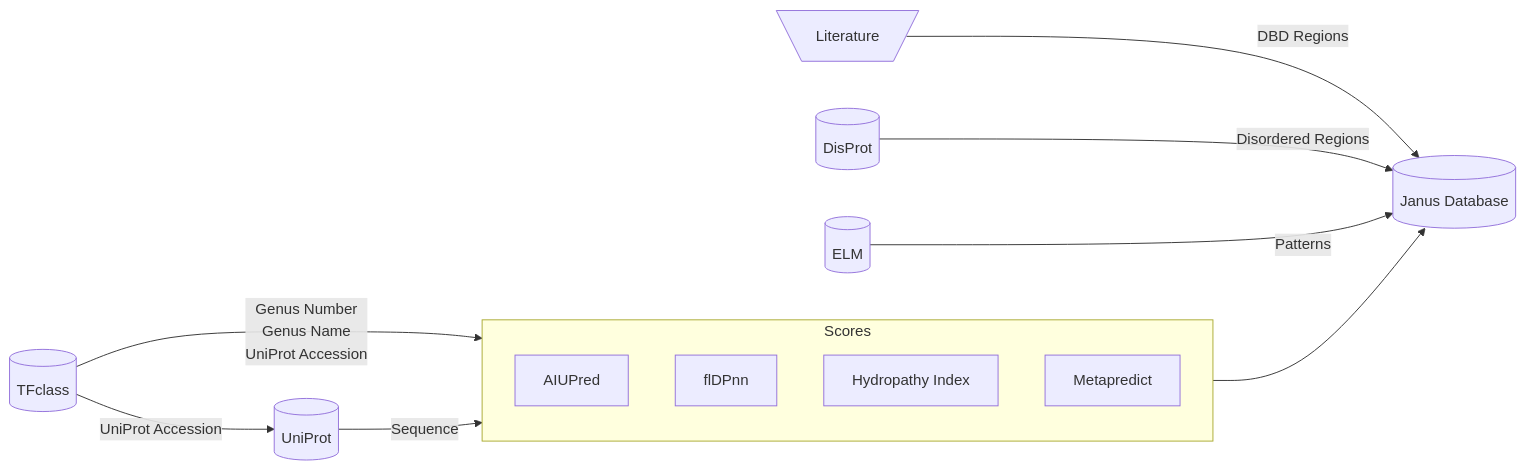
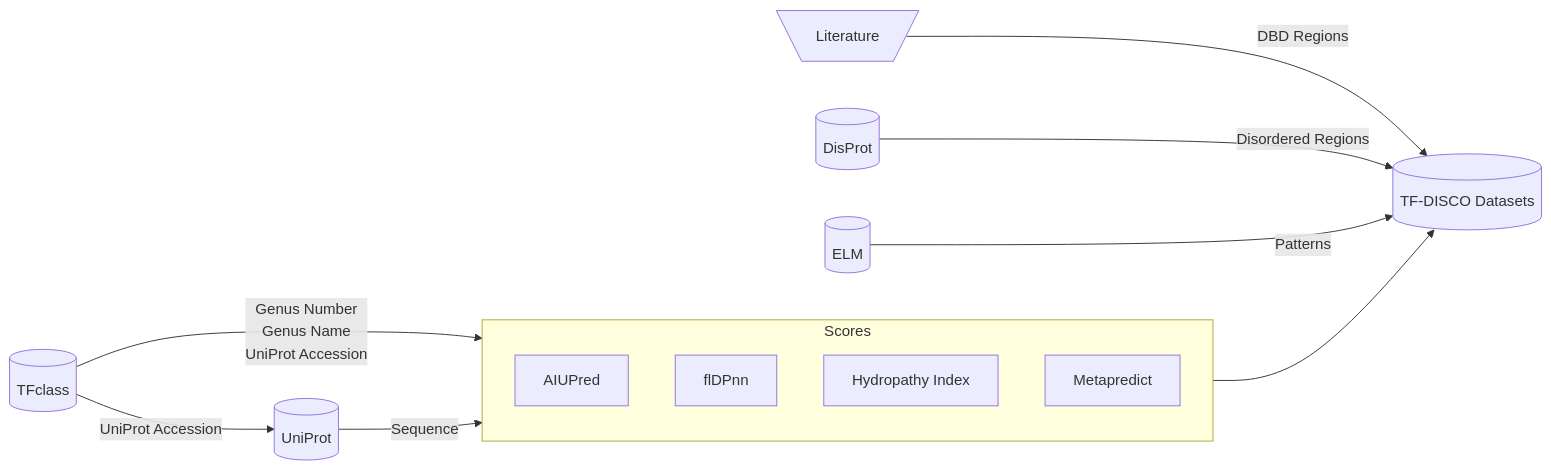
Before and after one commit to tf-disco/tf-disco: the diagram in README.md, drawn with Mermaid. The commit also changed other lines of this file, not shown here.

Commit message:
docs: rename Janus to TF-DISCO

````diff
--- a/README.md
+++ b/README.md
@@ -5,16 +5,16 @@
 ```mermaid
 flowchart LR
   subgraph Scores
     A[AIUPred]
     F[flDPnn]
     H[Hydropathy Index]
     M[Metapredict]
   end
   T[(TFclass)] -->|Genus Number<br>Genus Name<br>UniProt Accession| Scores
   T[(TFclass)] -->|UniProt Accession| U
   U[(UniProt)] -->|Sequence| Scores
-  Scores --> J[(Janus Database)]
+  Scores --> J[(TF-DISCO Datasets)]
   L[\Literature/] -->|DBD Regions| J
   D[(DisProt)] -->|Disordered Regions| J
   E[(ELM)] -->|Patterns| J
 ```
````
